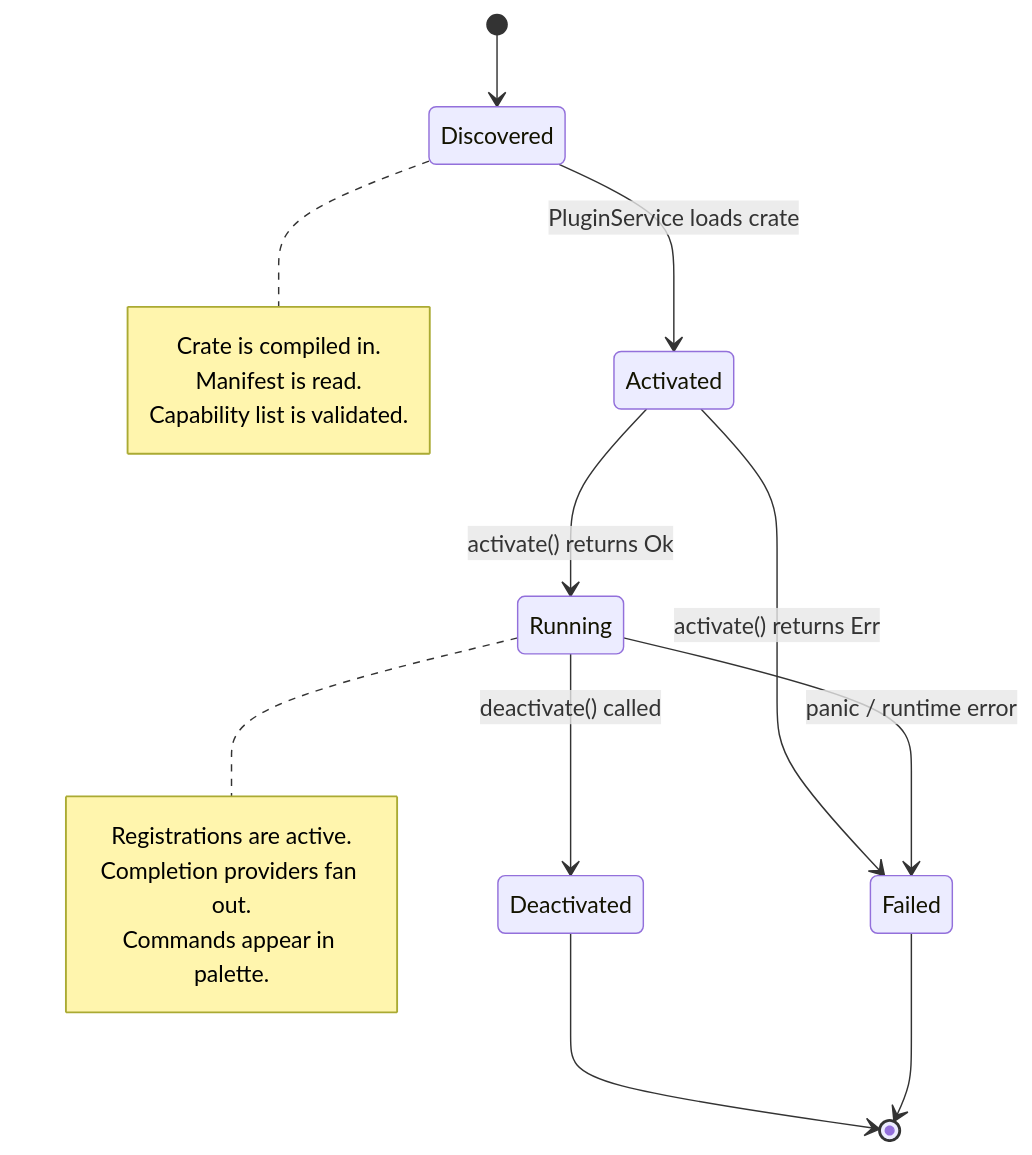
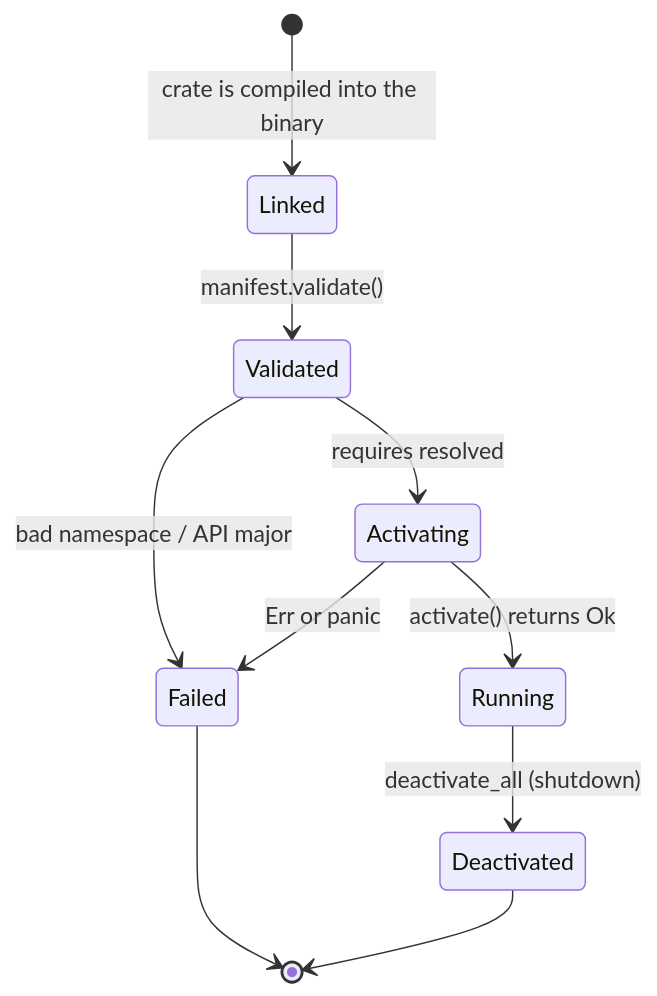
One commit to mohamad-kanso/Tempr changed the first of 2 diagrams in docs/08-plugin-api.md. Above: the diagram before and after it, drawn with Mermaid. The commit also changed other lines of this file and 46 other files, not shown here.

First line of the commit message:
feat(ph4): plugin core — API, activation, completion, renderers, commands (#35)

````diff
--- a/docs/08-plugin-api.md
+++ b/docs/08-plugin-api.md
@@ -269,23 +319,12 @@
 ```mermaid
 stateDiagram-v2
-    [*] --> Discovered
-    Discovered --> Activated: PluginService loads crate
-    Activated --> Running: activate() returns Ok
-    Activated --> Failed: activate() returns Err
-    Running --> Deactivated: deactivate() called
-    Running --> Failed: panic / runtime error
+    [*] --> Linked: crate is compiled into the binary
+    Linked --> Validated: manifest.validate()
+    Validated --> Failed: bad namespace / API major
+    Validated --> Activating: requires resolved
+    Activating --> Running: activate() returns Ok
+    Activating --> Failed: Err or panic
+    Running --> Deactivated: deactivate_all (shutdown)
+    Failed --> [*]
     Deactivated --> [*]
-    Failed --> [*]
-
-    note right of Discovered
-        Crate is compiled in.
-        Manifest is read.
-        Capability list is validated.
-    end note
-
-    note right of Running
-        Registrations are active.
-        Completion providers fan out.
-        Commands appear in palette.
-    end note
 ```
````
